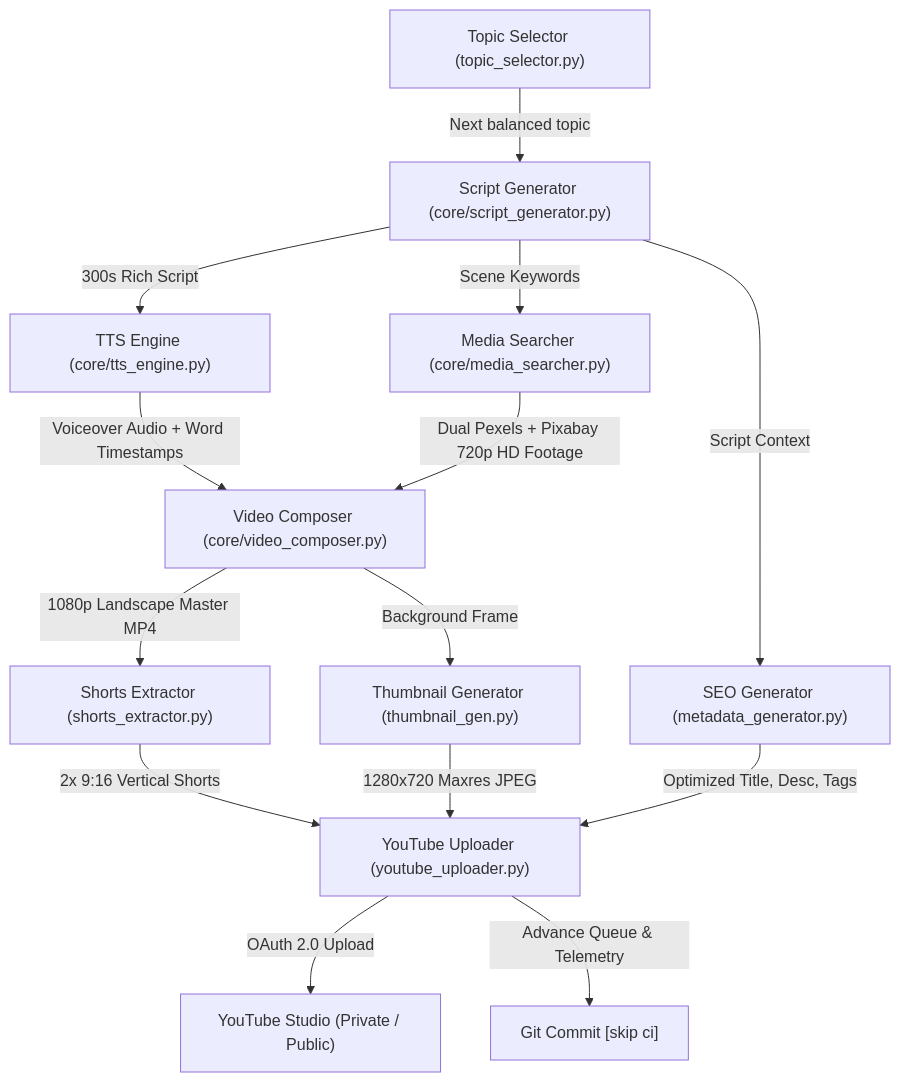
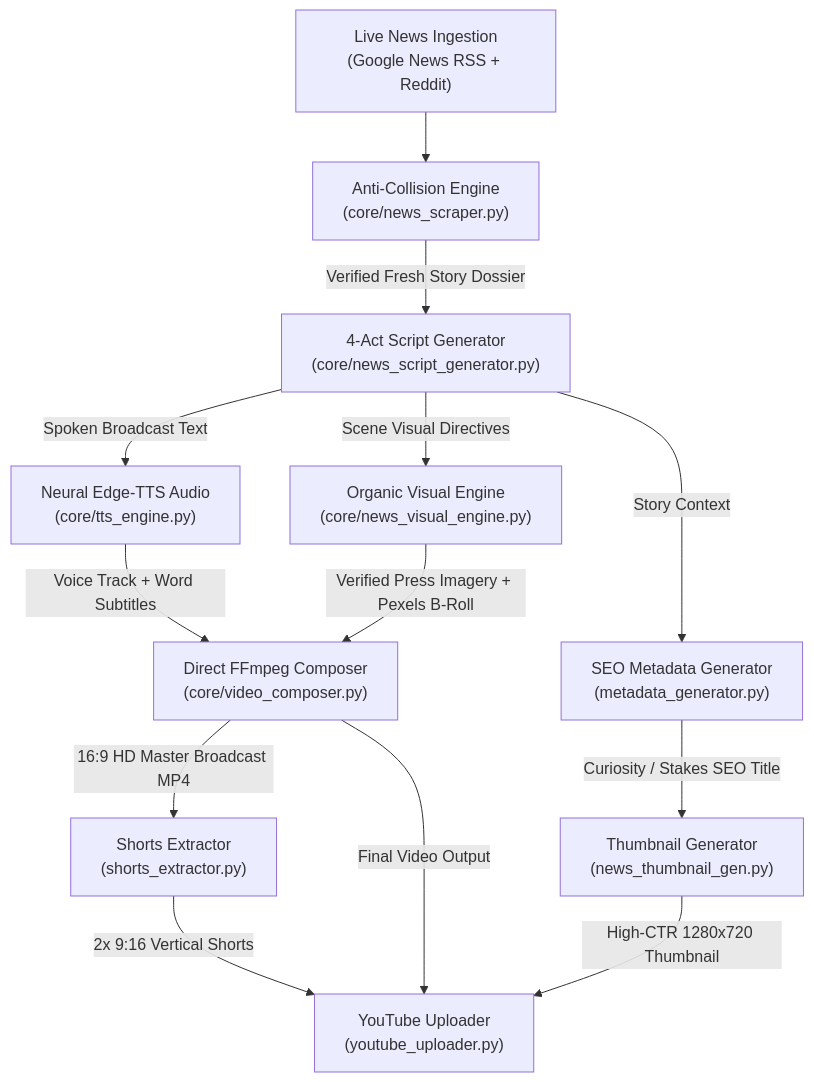
Before and after one commit to ayubkhokhar7733/youtube-news: the diagram in PROJECT_STATE.md, drawn with Mermaid. The commit also changed other lines of this file and 7 other files, not shown here.

Commit message:
feat(engine): implement 4-pillar narrative architecture, 4-act longform structure, visual deduplication, and update project state

````diff
--- a/PROJECT_STATE.md
+++ b/PROJECT_STATE.md
@@ -23,20 +26,19 @@
 ```mermaid
 flowchart TD
-    A["Topic Selector (topic_selector.py)"] -->|Next balanced topic| B["Script Generator (core/script_generator.py)"]
-    B -->|300s Rich Script| C["TTS Engine (core/tts_engine.py)"]
-    B -->|Scene Keywords| D["Media Searcher (core/media_searcher.py)"]
-    B -->|Script Context| E["SEO Generator (metadata_generator.py)"]
+    A["Live News Ingestion<br/>(Google News RSS + Reddit)"] --> B["Anti-Collision Engine<br/>(core/news_scraper.py)"]
+    B -->|Verified Fresh Story Dossier| C["4-Act Script Generator<br/>(core/news_script_generator.py)"]
     
-    C -->|Voiceover Audio + Word Timestamps| F["Video Composer (core/video_composer.py)"]
-    D -->|Dual Pexels + Pixabay 720p HD Footage| F
+    C -->|Spoken Broadcast Text| D["Neural Edge-TTS Audio<br/>(core/tts_engine.py)"]
+    C -->|Scene Visual Directives| E["Organic Visual Engine<br/>(core/news_visual_engine.py)"]
+    C -->|Story Context| F["SEO Metadata Generator<br/>(metadata_generator.py)"]
     
-    F -->|1080p Landscape Master MP4| G["Shorts Extractor (shorts_extractor.py)"]
-    F -->|Background Frame| H["Thumbnail Generator (thumbnail_gen.py)"]
+    D -->|Voice Track + Word Subtitles| G["Direct FFmpeg Composer<br/>(core/video_composer.py)"]
+    E -->|Verified Press Imagery + Pexels B-Roll| G
     
-    G -->|2x 9:16 Vertical Shorts| I["YouTube Uploader (youtube_uploader.py)"]
-    H -->|1280x720 Maxres JPEG| I
-    E -->|Optimized Title, Desc, Tags| I
+    G -->|16:9 HD Master Broadcast MP4| H["Shorts Extractor<br/>(shorts_extractor.py)"]
+    G -->|Final Video Output| I["YouTube Uploader<br/>(youtube_uploader.py)"]
     
-    I -->|OAuth 2.0 Upload| J["YouTube Studio (Private / Public)"]
-    I -->|Advance Queue & Telemetry| K["Git Commit [skip ci]"]
+    F -->|Curiosity / Stakes SEO Title| J["Thumbnail Generator<br/>(news_thumbnail_gen.py)"]
+    J -->|High-CTR 1280x720 Thumbnail| I
+    H -->|2x 9:16 Vertical Shorts| I
 ```
````
